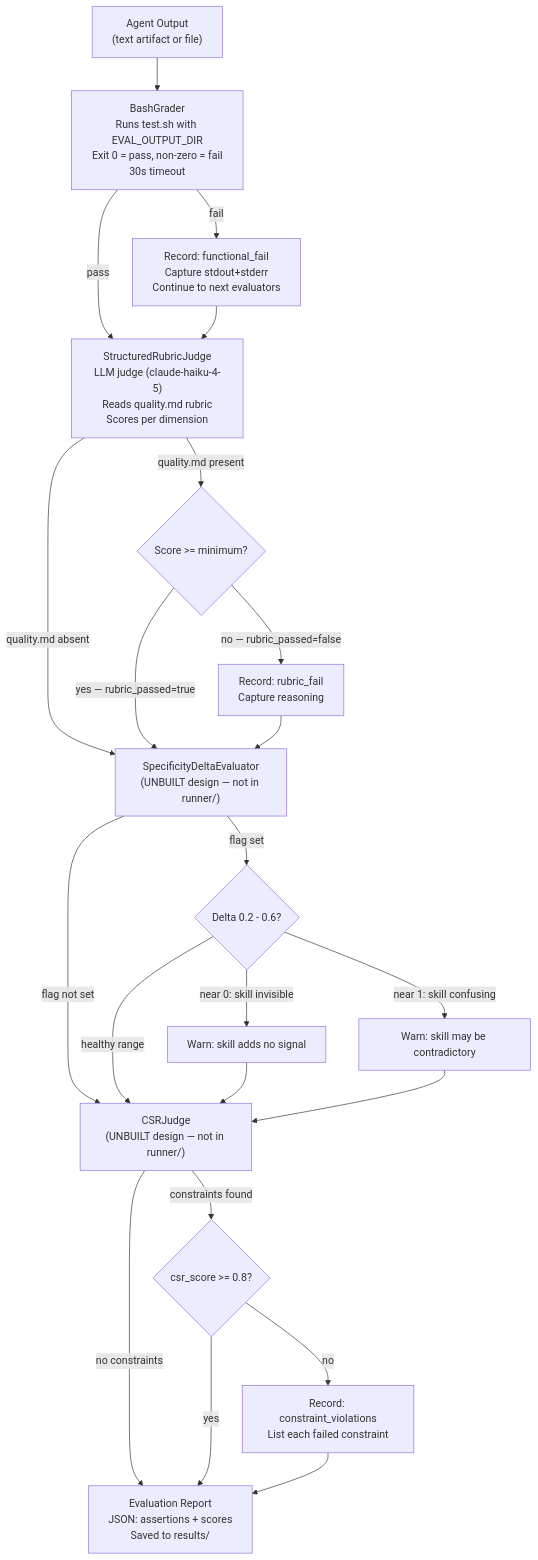
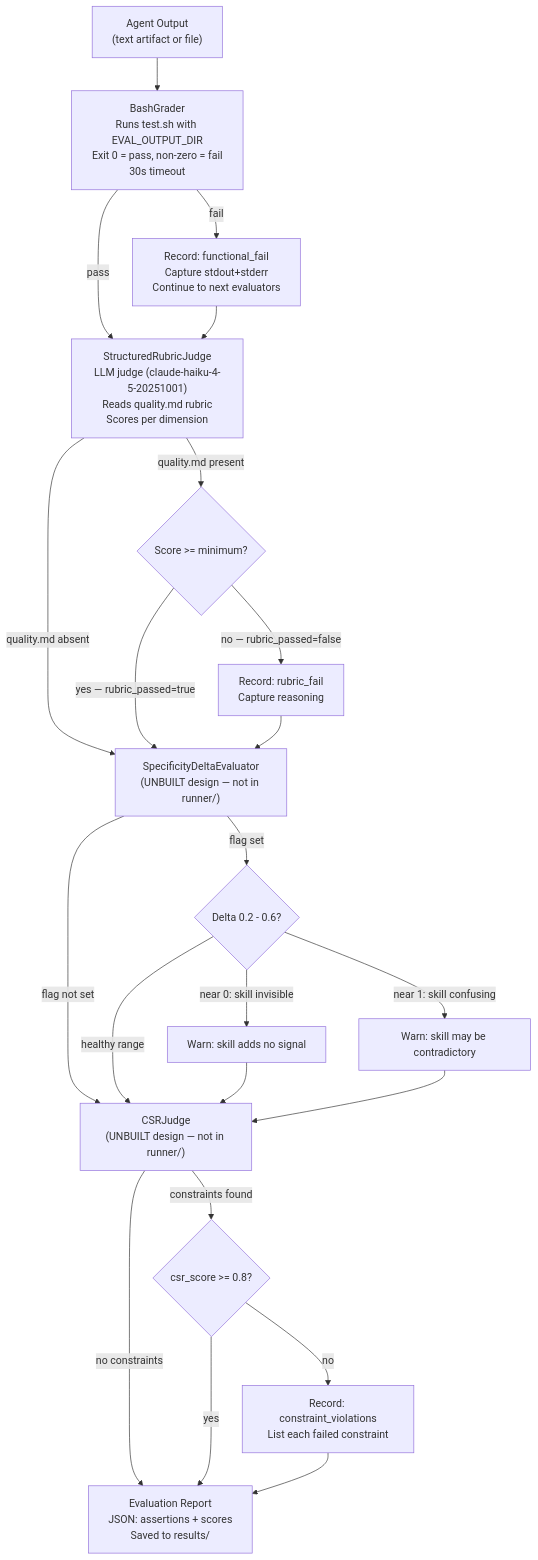
Before and after one commit to sammasak/claude-code-skills: the second of 2 diagrams in docs/agentic-lifecycle.md, drawn with Mermaid. The commit also changed other lines of this file and 10 other files, not shown here.

````diff
--- a/docs/agentic-lifecycle.md
+++ b/docs/agentic-lifecycle.md
@@ -94,36 +94,36 @@
 ```mermaid
 flowchart TD
     OUTPUT["Agent Output\n(text artifact or file)"]
 
     OUTPUT --> BG
 
     BG["BashGrader\nRuns test.sh with EVAL_OUTPUT_DIR\nExit 0 = pass, non-zero = fail\n30s timeout"]
     BG -->|"pass"| SRJ
     BG -->|"fail"| BG_FAIL["Record: functional_fail\nCapture stdout+stderr\nContinue to next evaluators"]
     BG_FAIL --> SRJ
 
-    SRJ["StructuredRubricJudge\nLLM judge (claude-haiku-4-5)\nReads quality.md rubric\nScores per dimension"]
+    SRJ["StructuredRubricJudge\nLLM judge (claude-haiku-4-5-20251001)\nReads quality.md rubric\nScores per dimension"]
     SRJ -->|"quality.md present"| SRJ_SCORE{"Score >= minimum?"}
     SRJ -->|"quality.md absent"| SDE
     SRJ_SCORE -->|"yes — rubric_passed=true"| SDE
     SRJ_SCORE -->|"no — rubric_passed=false"| SRJ_FAIL["Record: rubric_fail\nCapture reasoning"]
     SRJ_FAIL --> SDE
 
     SDE["SpecificityDeltaEvaluator\n(UNBUILT design — not in runner/)"]
     SDE -->|"flag set"| SDE_CHECK{"Delta 0.2 - 0.6?"}
     SDE -->|"flag not set"| CSRJ
     SDE_CHECK -->|"healthy range"| CSRJ
     SDE_CHECK -->|"near 0: skill invisible"| SDE_WARN["Warn: skill adds no signal"]
     SDE_CHECK -->|"near 1: skill confusing"| SDE_WARN2["Warn: skill may be contradictory"]
     SDE_WARN --> CSRJ
     SDE_WARN2 --> CSRJ
 
     CSRJ["CSRJudge\n(UNBUILT design — not in runner/)"]
     CSRJ -->|"constraints found"| CSR_CHECK{"csr_score >= 0.8?"}
     CSRJ -->|"no constraints"| REPORT
     CSR_CHECK -->|"yes"| REPORT
     CSR_CHECK -->|"no"| CSR_FAIL["Record: constraint_violations\nList each failed constraint"]
     CSR_FAIL --> REPORT
 
     REPORT["Evaluation Report\nJSON: assertions + scores\nSaved to results/"]
 ```
````
